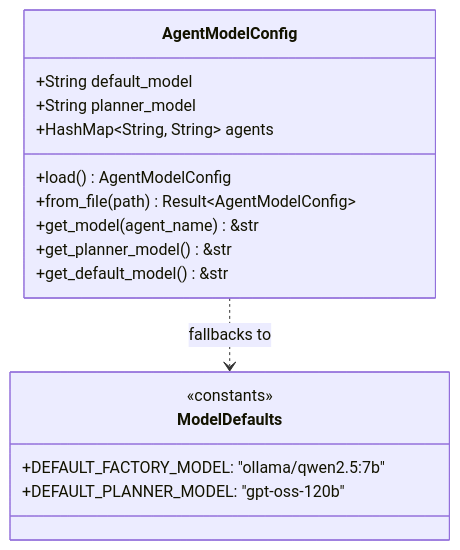
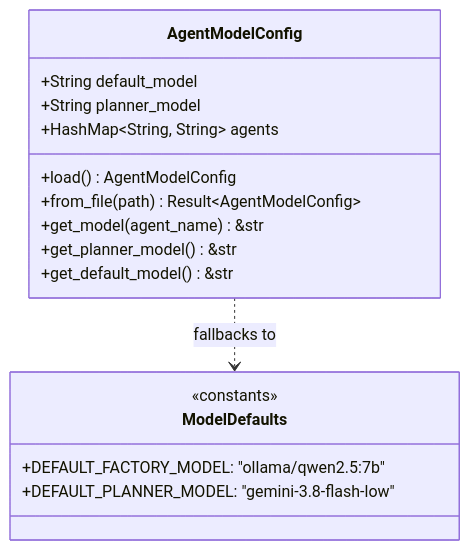
The diagram in wiki/modules/core/config.md (lgcorzo/rust_CACD_autonomous_factory), drawn with Mermaid before and after one commit. The commit also changed other lines of this file and 5 other files, not shown here.

First line of the commit message:
feat(models): route planner, plan_mission, and zeroclaw to gemini-3.8-flash-low (#513)

````diff
--- a/wiki/modules/core/config.md
+++ b/wiki/modules/core/config.md
@@ -25,21 +25,21 @@
 ```mermaid
 classDiagram
     class AgentModelConfig {
         +String default_model
         +String planner_model
         +HashMap~String, String~ agents
         +load() AgentModelConfig
         +from_file(path) Result~AgentModelConfig~
         +get_model(agent_name) &str
         +get_planner_model() &str
         +get_default_model() &str
     }
 
     class ModelDefaults {
         <<constants>>
         +DEFAULT_FACTORY_MODEL: "ollama/qwen2.5:7b"
-        +DEFAULT_PLANNER_MODEL: "gpt-oss-120b"
+        +DEFAULT_PLANNER_MODEL: "gemini-3.8-flash-low"
     }
 
     AgentModelConfig ..> ModelDefaults : fallbacks to
 ```
````
